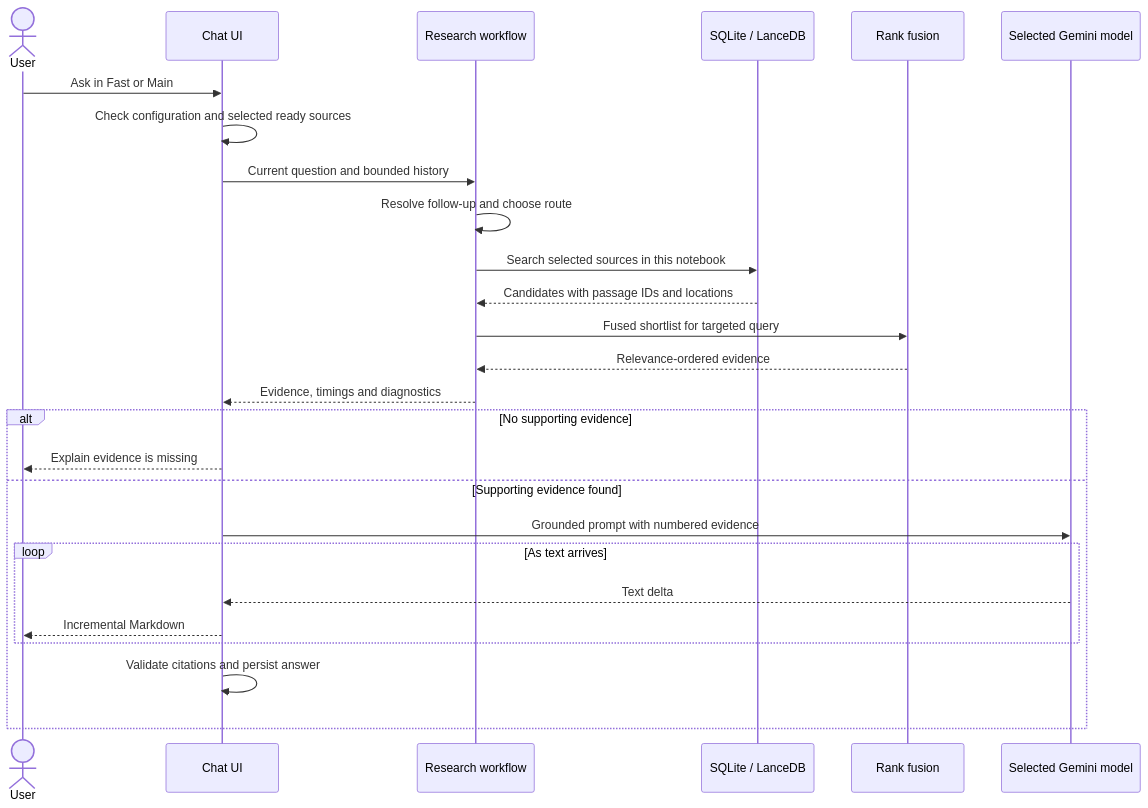
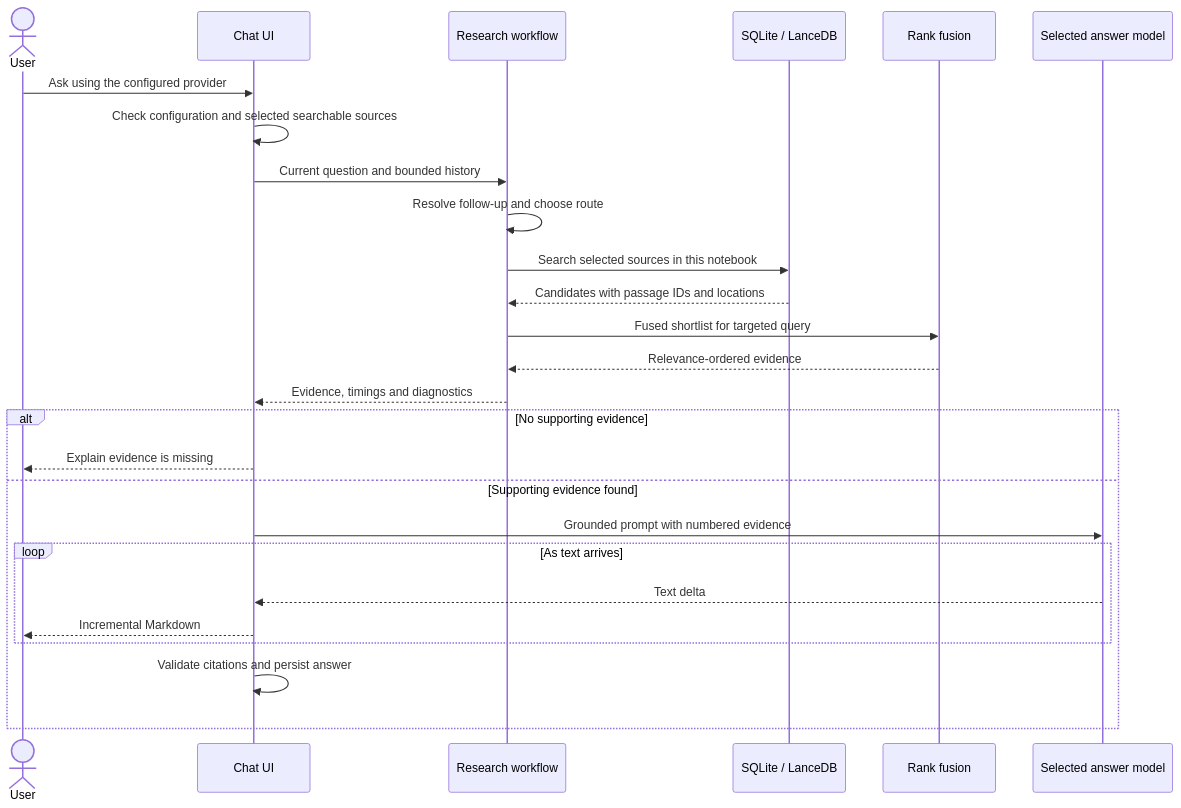
One commit to ryuu-la/NoteBookLm changed the third of 3 diagrams in docs/ARCHITECTURE.md. Above: the diagram before and after it, drawn with Mermaid. The commit also changed other lines of this file and 8 other files, not shown here.

````diff
--- a/docs/ARCHITECTURE.md
+++ b/docs/ARCHITECTURE.md
@@ -103,28 +110,28 @@
 ```mermaid
 sequenceDiagram
     actor User
     participant UI as Chat UI
     participant RAG as Research workflow
     participant Index as SQLite / LanceDB
     participant Rank as Rank fusion
-    participant API as Selected Gemini model
-    User->>UI: Ask in Fast or Main
-    UI->>UI: Check configuration and selected ready sources
+    participant API as Selected answer model
+    User->>UI: Ask using the configured provider
+    UI->>UI: Check configuration and selected searchable sources
     UI->>RAG: Current question and bounded history
     RAG->>RAG: Resolve follow-up and choose route
     RAG->>Index: Search selected sources in this notebook
     Index-->>RAG: Candidates with passage IDs and locations
     RAG->>Rank: Fused shortlist for targeted query
     Rank-->>RAG: Relevance-ordered evidence
     RAG-->>UI: Evidence, timings and diagnostics
     alt No supporting evidence
         UI-->>User: Explain evidence is missing
     else Supporting evidence found
         UI->>API: Grounded prompt with numbered evidence
         loop As text arrives
             API-->>UI: Text delta
             UI-->>User: Incremental Markdown
         end
         UI->>UI: Validate citations and persist answer
     end
 ```
````
